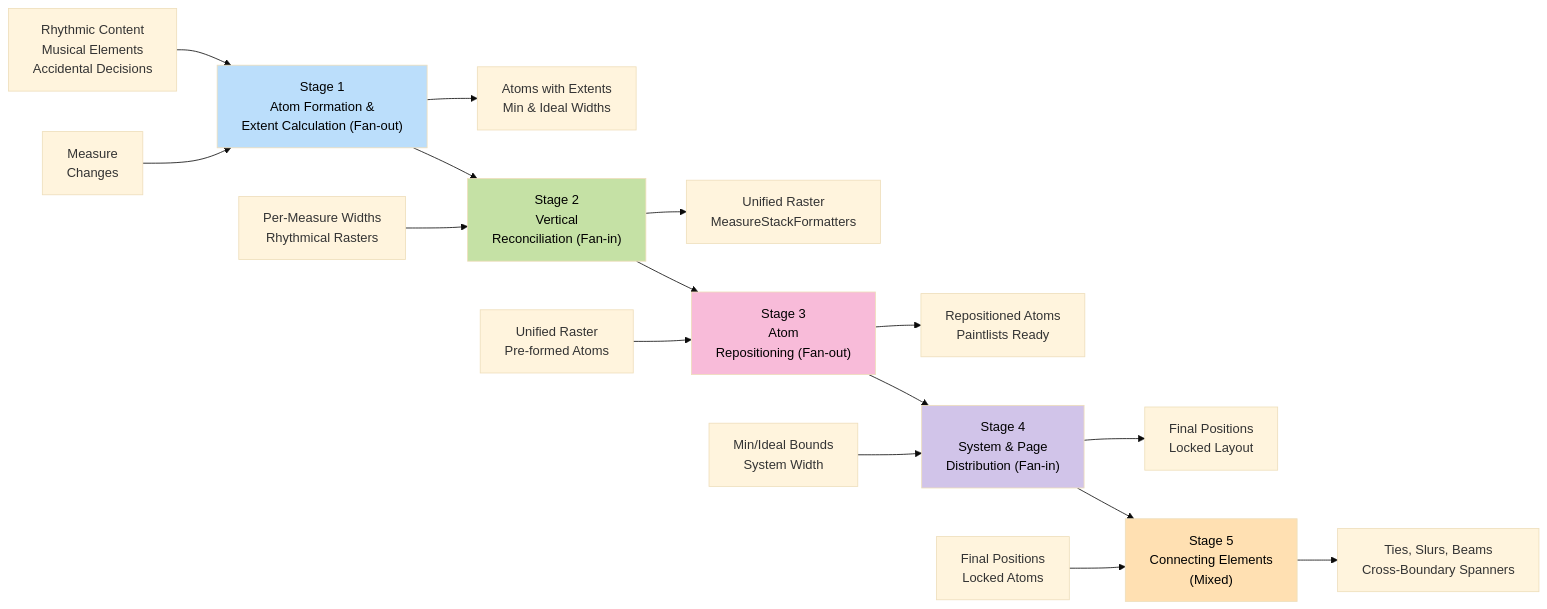
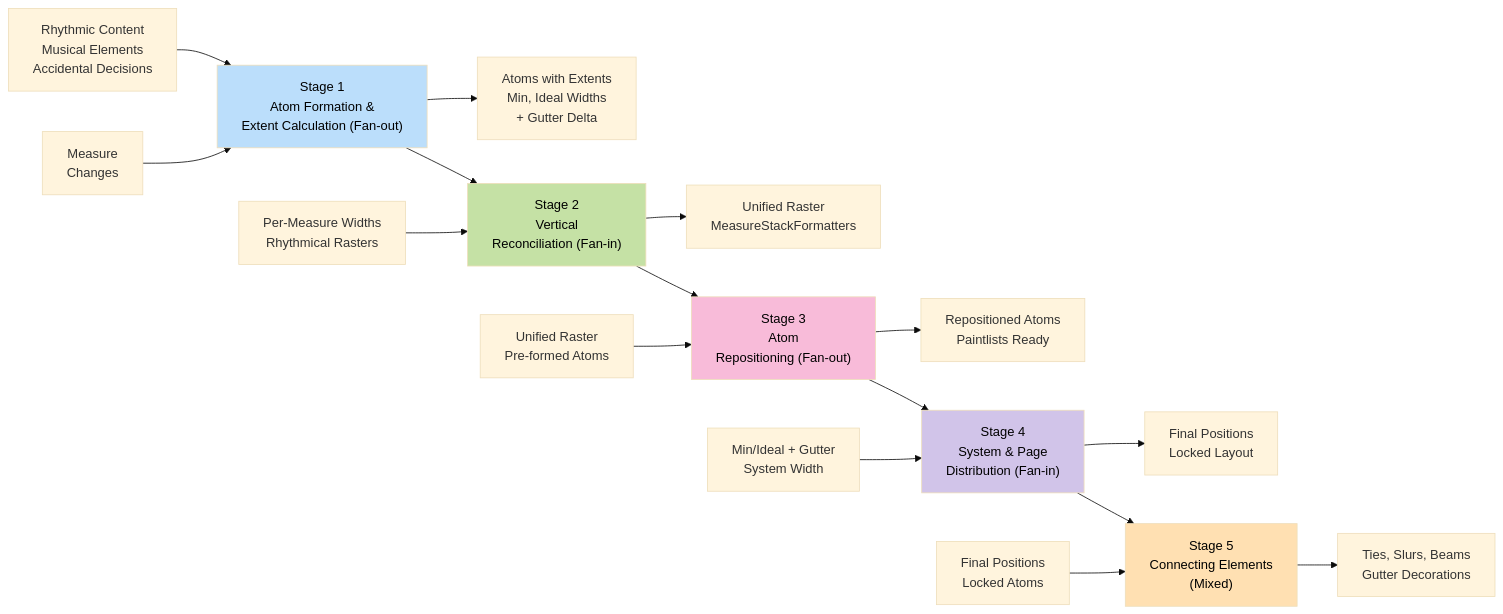
Before and after one commit to PeterBengtson/Ooloi-docs: the first of 4 diagrams in ADRs/0028-Hierarchical-Rendering-Pipeline.md, drawn with Mermaid (base theme). The commit also changed other lines of this file and 1 other file, not shown here.

````diff
--- a/ADRs/0028-Hierarchical-Rendering-Pipeline.md
+++ b/ADRs/0028-Hierarchical-Rendering-Pipeline.md
@@ -64,29 +67,29 @@
 ```mermaid
 flowchart LR
     A[Measure<br/>Changes] --> B["Stage 1<br/>Atom Formation &<br/>Extent Calculation (Fan-out)"]
     B --> C["Stage 2<br/>Vertical<br/>Reconciliation (Fan-in)"]
     C --> D["Stage 3<br/>Atom<br/>Repositioning (Fan-out)"]
     D --> E["Stage 4<br/>System & Page<br/>Distribution (Fan-in)"]
     E --> F["Stage 5<br/>Connecting Elements<br/>(Mixed)"]
 
     B1[Rhythmic Content<br/>Musical Elements<br/>Accidental Decisions] --> B
-    B --> B2[Atoms with Extents<br/>Min & Ideal Widths]
+    B --> B2[Atoms with Extents<br/>Min, Ideal Widths<br/>+ Gutter Delta]
 
     C1[Per-Measure Widths<br/>Rhythmical Rasters] --> C
     C --> C2[Unified Raster<br/>MeasureStackFormatters]
 
     D1[Unified Raster<br/>Pre-formed Atoms] --> D
     D --> D2[Repositioned Atoms<br/>Paintlists Ready]
 
-    E1[Min/Ideal Bounds<br/>System Width] --> E
+    E1[Min/Ideal + Gutter<br/>System Width] --> E
     E --> E2[Final Positions<br/>Locked Layout]
 
     F1[Final Positions<br/>Locked Atoms] --> F
-    F --> F2[Ties, Slurs, Beams<br/>Cross-Boundary Spanners]
+    F --> F2[Ties, Slurs, Beams<br/>Gutter Decorations]
 
     style B fill:#bbdefb,color:#000
     style C fill:#c5e1a5,color:#000
     style D fill:#f8bbd9,color:#000
     style E fill:#d1c4e9,color:#000
     style F fill:#ffe0b2,color:#000
 ```
````
